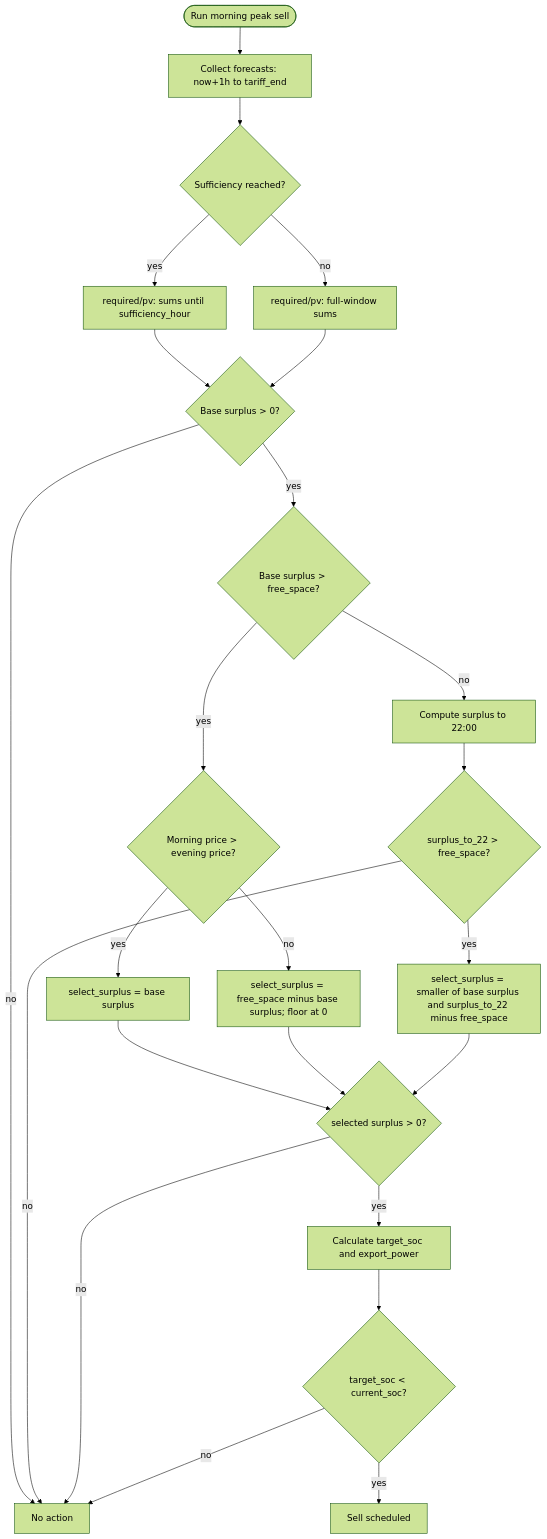
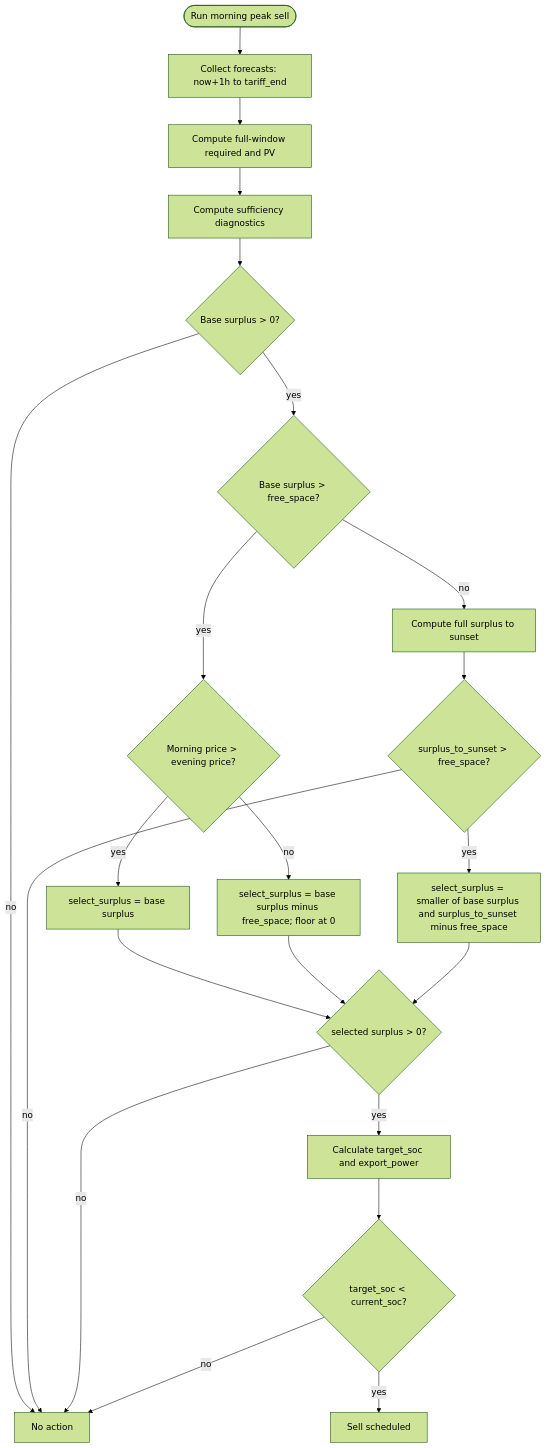
One commit to plebann/EnergyOptimizer changed the diagram in docs/Morning_Sell_Action.md. Above: the diagram before and after it, drawn with Mermaid (forest theme). The commit also changed other lines of this file and 2 other files, not shown here.

Commit message:
fix: Refactor morning sell logic to enhance sufficiency calculations and update related tests

````diff
--- a/docs/Morning_Sell_Action.md
+++ b/docs/Morning_Sell_Action.md
@@ -53,33 +61,30 @@
 ```mermaid
 flowchart TD
   MS_start([Run morning peak sell]) --> MS_forecasts[Collect forecasts: now+1h to tariff_end]
   MS_no_action[No action]
 
-  MS_forecasts --> MS_suff{Sufficiency reached?}
-  MS_suff -->|yes| MS_suff_window[required/pv: sums until sufficiency_hour]
-  MS_suff -->|no| MS_full_window[required/pv: full-window sums]
-
-  MS_suff_window --> MS_base_surplus{Base surplus > 0?}
-  MS_full_window --> MS_base_surplus
+  MS_forecasts --> MS_base_full[Compute full-window required and PV]
+  MS_base_full --> MS_suff[Compute sufficiency diagnostics]
+  MS_suff --> MS_base_surplus{Base surplus > 0?}
   MS_base_surplus -->|no| MS_no_action
   MS_base_surplus -->|yes| MS_space{Base surplus > free_space?}
 
   MS_space -->|yes| MS_price{Morning price > evening price?}
   MS_price -->|yes| MS_sel_base[select_surplus = base surplus]
-  MS_price -->|no| MS_sel_fit[select_surplus = free_space minus base surplus; floor at 0]
+  MS_price -->|no| MS_sel_fit[select_surplus = base surplus minus free_space; floor at 0]
 
-  MS_space -->|no| MS_to22[Compute surplus to 22:00]
-  MS_to22 --> MS_to22_gate{surplus_to_22 > free_space?}
-  MS_to22_gate -->|no| MS_no_action
-  MS_to22_gate -->|yes| MS_sel_22[select_surplus = smaller of base surplus and surplus_to_22 minus free_space]
+  MS_space -->|no| MS_to_sunset[Compute full surplus to sunset]
+  MS_to_sunset --> MS_to_sunset_gate{surplus_to_sunset > free_space?}
+  MS_to_sunset_gate -->|no| MS_no_action
+  MS_to_sunset_gate -->|yes| MS_sel_22[select_surplus = smaller of base surplus and surplus_to_sunset minus free_space]
 
   MS_sel_base --> MS_sel_check{selected surplus > 0?}
   MS_sel_fit --> MS_sel_check
   MS_sel_22 --> MS_sel_check
   MS_sel_check -->|no| MS_no_action
   MS_sel_check -->|yes| MS_target[Calculate target_soc and export_power]
 
   MS_target --> MS_target_check{target_soc < current_soc?}
   MS_target_check -->|no| MS_no_action
   MS_target_check -->|yes| MS_sell[Sell scheduled]
 ```
````
